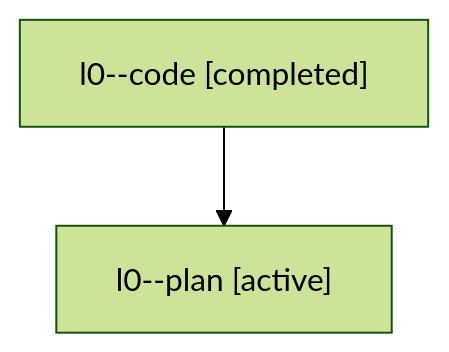
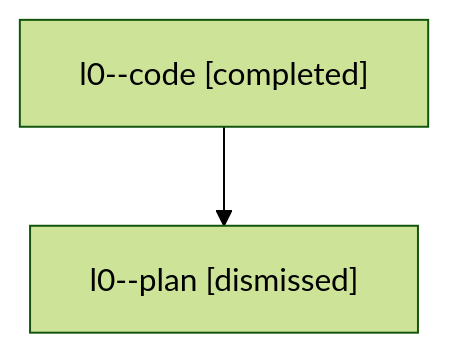
Before and after one commit to sase-org/sase--agents: the diagram in sessions/bbugyi200.athena.l0.md, drawn with Mermaid (forest theme). The commit also changed other lines of this file and 35 other files, not shown here.

````diff
--- a/sessions/bbugyi200.athena.l0.md
+++ b/sessions/bbugyi200.athena.l0.md
@@ -9,6 +9,6 @@
 ```mermaid
 flowchart TD
   n0["l0--code [completed]"]
-  n1["l0--plan [active]"]
+  n1["l0--plan [dismissed]"]
   n0 --> n1
 ```
````
